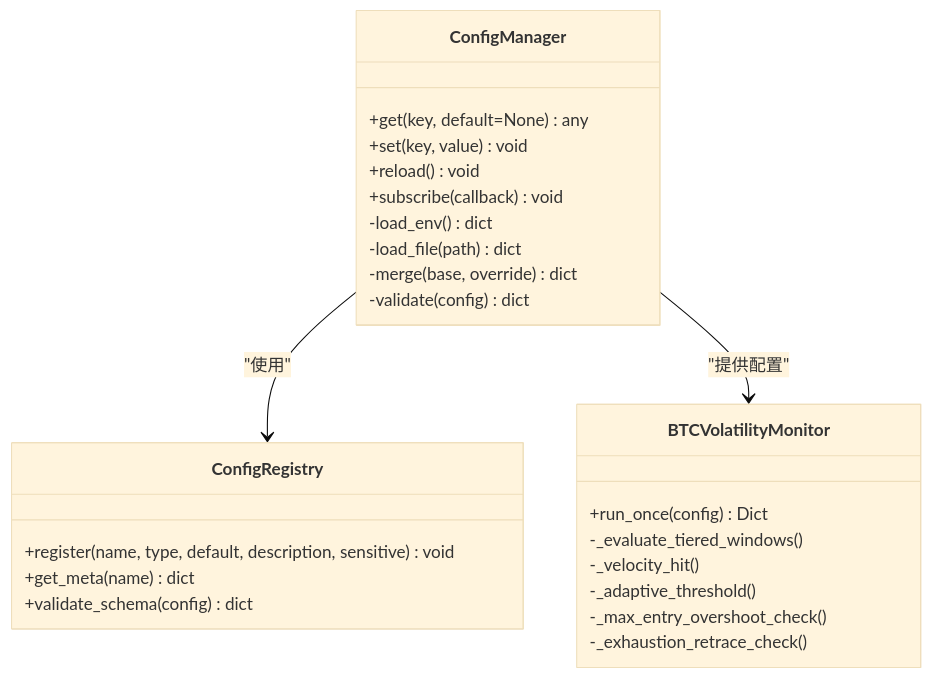
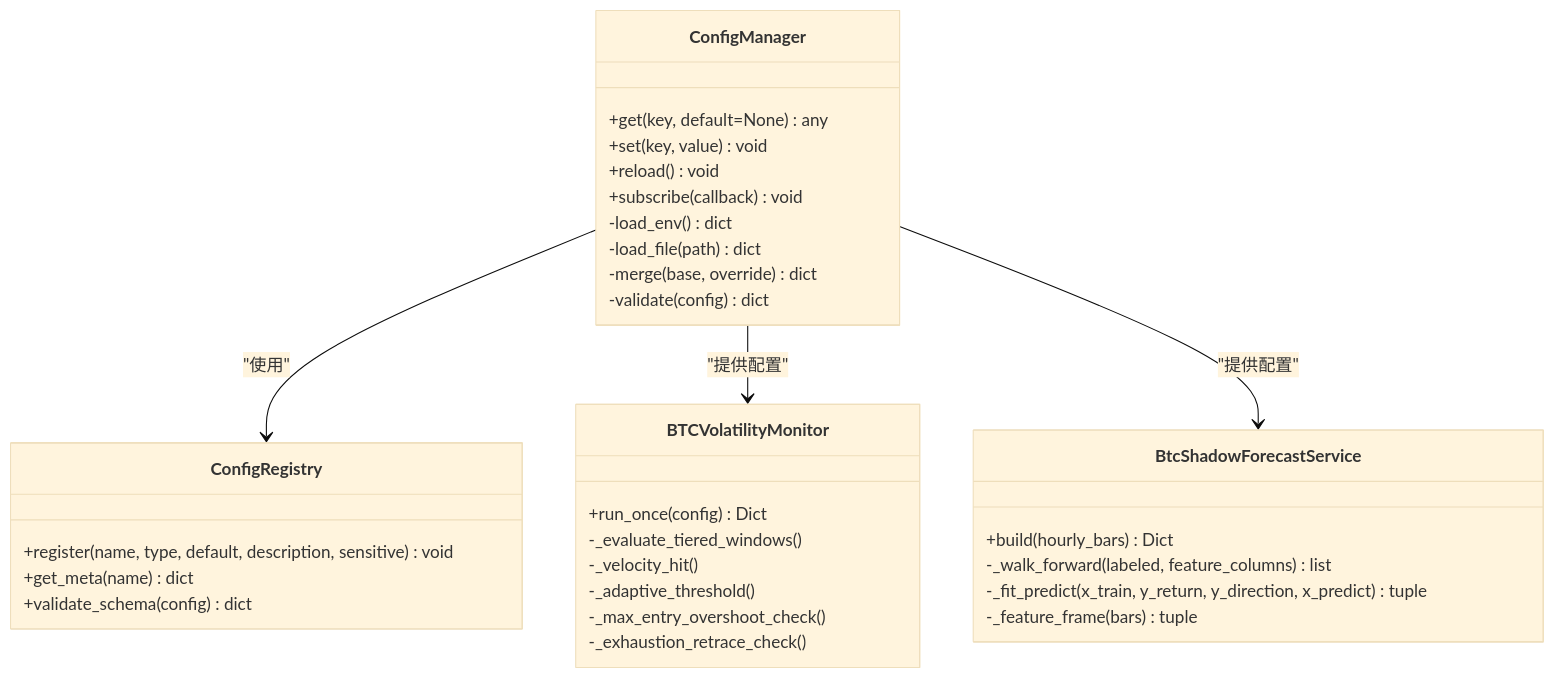
The third of 5 diagrams in .qoder/repowiki/zh/content/配置管理.md (anYaoooo/daily_stock_analysis), drawn with Mermaid (base theme) before and after one commit. The commit also changed other lines of this file and 16 other files, not shown here.

````diff
--- a/.qoder/repowiki/zh/content/配置管理.md
+++ b/.qoder/repowiki/zh/content/配置管理.md
@@ -205,28 +215,35 @@
 ```mermaid
 classDiagram
 class ConfigManager {
 +get(key, default=None) any
 +set(key, value) void
 +reload() void
 +subscribe(callback) void
 -load_env() dict
 -load_file(path) dict
 -merge(base, override) dict
 -validate(config) dict
 }
 class ConfigRegistry {
 +register(name, type, default, description, sensitive) void
 +get_meta(name) dict
 +validate_schema(config) dict
 }
 class BTCVolatilityMonitor {
 +run_once(config) Dict
 -_evaluate_tiered_windows()
 -_velocity_hit()
 -_adaptive_threshold()
 -_max_entry_overshoot_check()
 -_exhaustion_retrace_check()
 }
+class BtcShadowForecastService {
++build(hourly_bars) Dict
+-_walk_forward(labeled, feature_columns) list
+-_fit_predict(x_train, y_return, y_direction, x_predict) tuple
+-_feature_frame(bars) tuple
+}
 ConfigManager --> ConfigRegistry : "使用"
 ConfigManager --> BTCVolatilityMonitor : "提供配置"
+ConfigManager --> BtcShadowForecastService : "提供配置"
 ```
````
